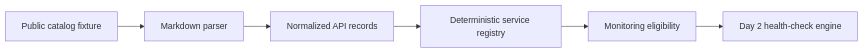
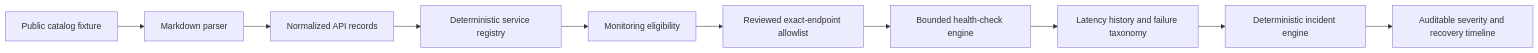
The diagram in README.md (pratyushdhakad/api-support-operations-lab), drawn with Mermaid before and after one commit. The commit also changed other lines of this file and 3 other files, not shown here.

````diff
--- a/README.md
+++ b/README.md
@@ -44,8 +73,12 @@
 ```mermaid
 flowchart LR
     A[Public catalog fixture] --> B[Markdown parser]
     B --> C[Normalized API records]
     C --> D[Deterministic service registry]
     D --> E[Monitoring eligibility]
-    E --> F[Day 2 health-check engine]
+    E --> F[Reviewed exact-endpoint allowlist]
+    F --> G[Bounded health-check engine]
+    G --> H[Latency history and failure taxonomy]
+    H --> I[Deterministic incident engine]
+    I --> J[Auditable severity and recovery timeline]
 ```
````
